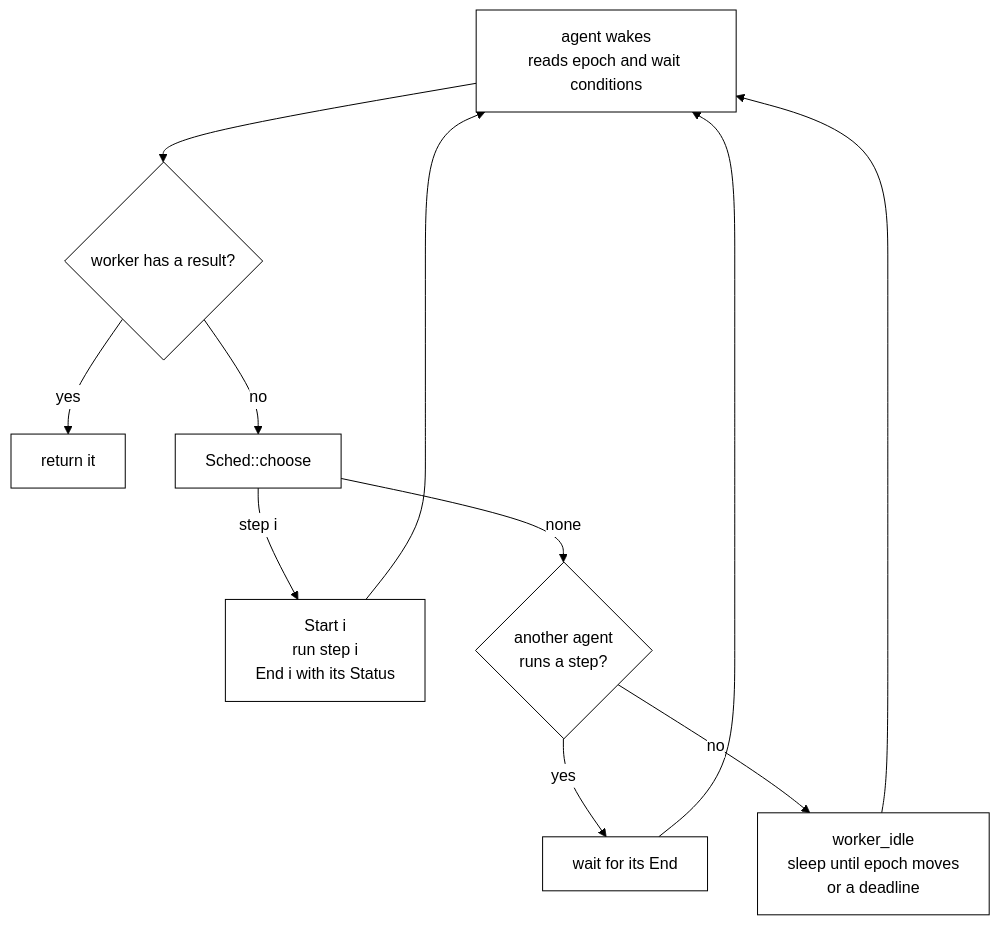
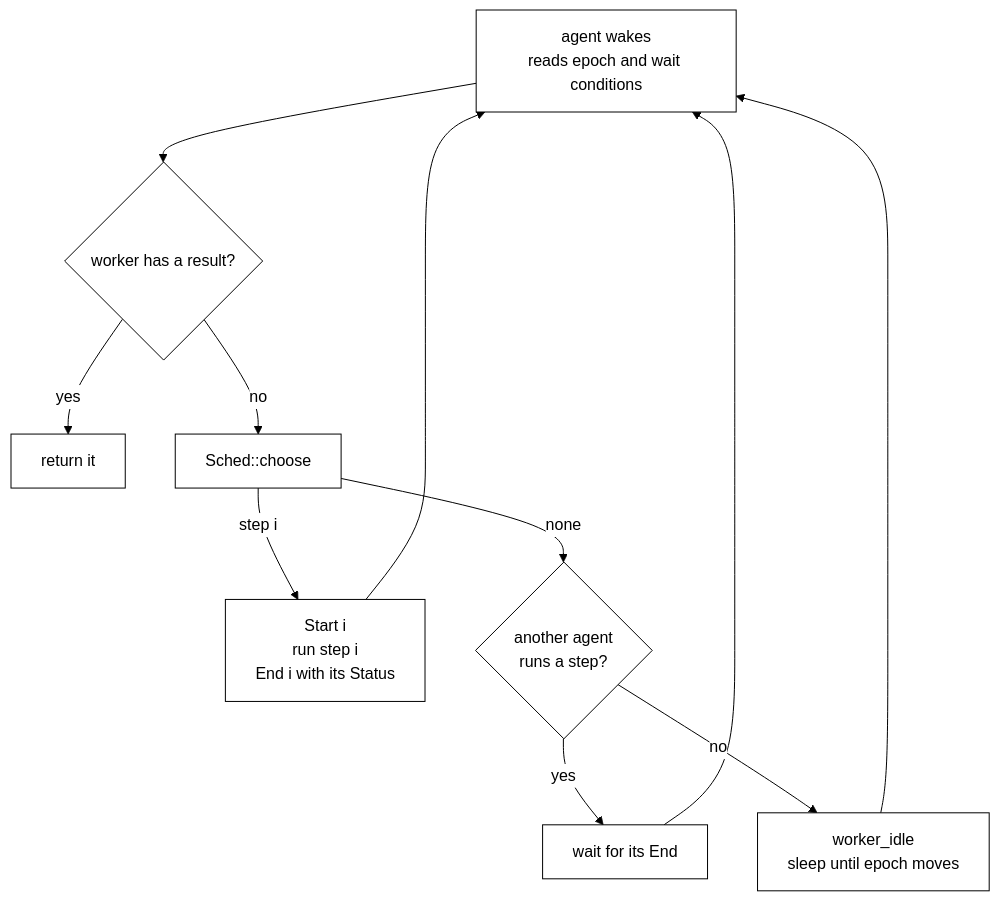
One commit to PKD667/trame changed the first of 2 diagrams in docs/scheduling.md. Above: the diagram before and after it, drawn with Mermaid. The commit also changed 77 other files, not shown here.

````diff
--- a/docs/scheduling.md
+++ b/docs/scheduling.md
@@ -15,14 +15,14 @@
 ```mermaid
 %%{init: {'theme':'base','themeVariables':{'primaryColor':'#ffffff','primaryTextColor':'#000000','primaryBorderColor':'#000000','lineColor':'#000000','secondaryColor':'#ffffff','tertiaryColor':'#ffffff','clusterBkg':'#ffffff','clusterBorder':'#000000','edgeLabelBackground':'#ffffff','actorBkg':'#ffffff','actorBorder':'#000000','actorTextColor':'#000000','actorLineColor':'#000000','signalColor':'#000000','signalTextColor':'#000000','noteBkgColor':'#ffffff','noteBorderColor':'#000000','noteTextColor':'#000000','labelBoxBkgColor':'#ffffff','labelBoxBorderColor':'#000000','fontFamily':'monospace'},'themeCSS':'rect.actor,rect.note,.note rect,.statediagram-note rect{fill:#fff!important;stroke:#000!important} line,.actor-line{stroke:#000!important} .arrowheadPath,marker path{fill:#000!important;stroke:#000!important} circle.state-end{stroke:#000!important} text,.noteText,.state-note text{fill:#000!important}'}}%%
 flowchart TD
   A["agent wakes<br/>reads epoch and wait conditions"] --> R{"worker has a result?"}
   R -- yes --> X["return it"]
   R -- no --> C["Sched::choose"]
   C -- "step i" --> S["Start i<br/>run step i<br/>End i with its Status"]
   S --> A
   C -- none --> Q{"another agent<br/>runs a step?"}
   Q -- yes --> W["wait for its End"]
-  Q -- no --> I["worker_idle<br/>sleep until epoch moves<br/>or a deadline"]
+  Q -- no --> I["worker_idle<br/>sleep until epoch moves"]
   W --> A
   I --> A
 ```
````
